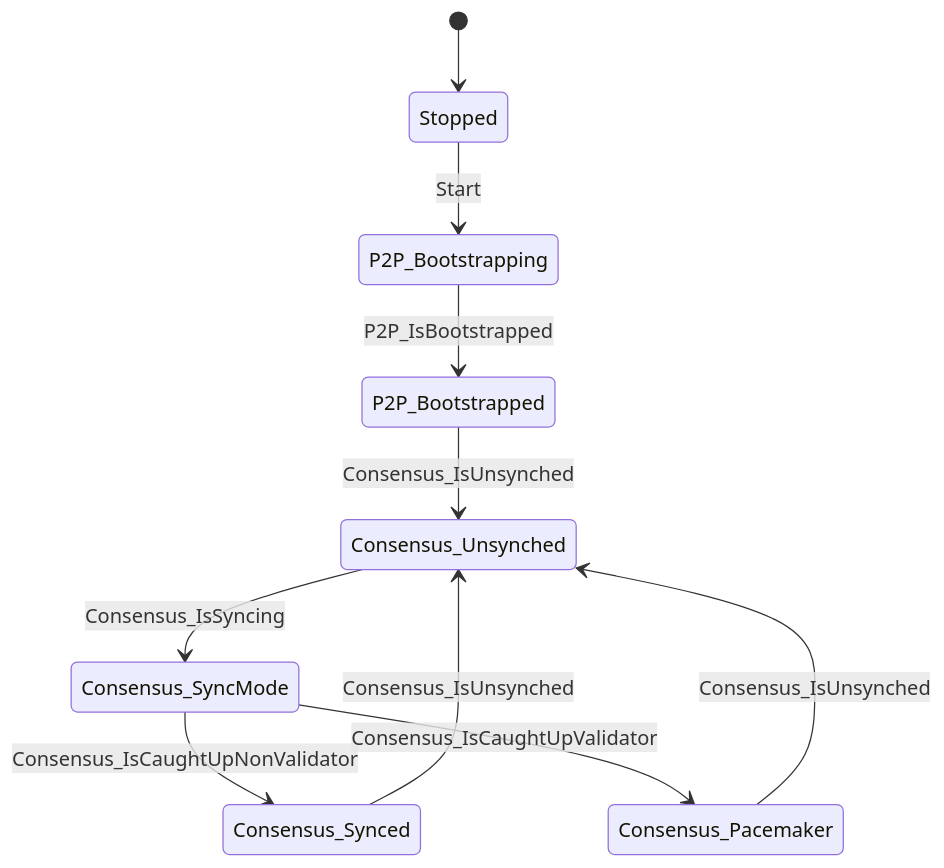
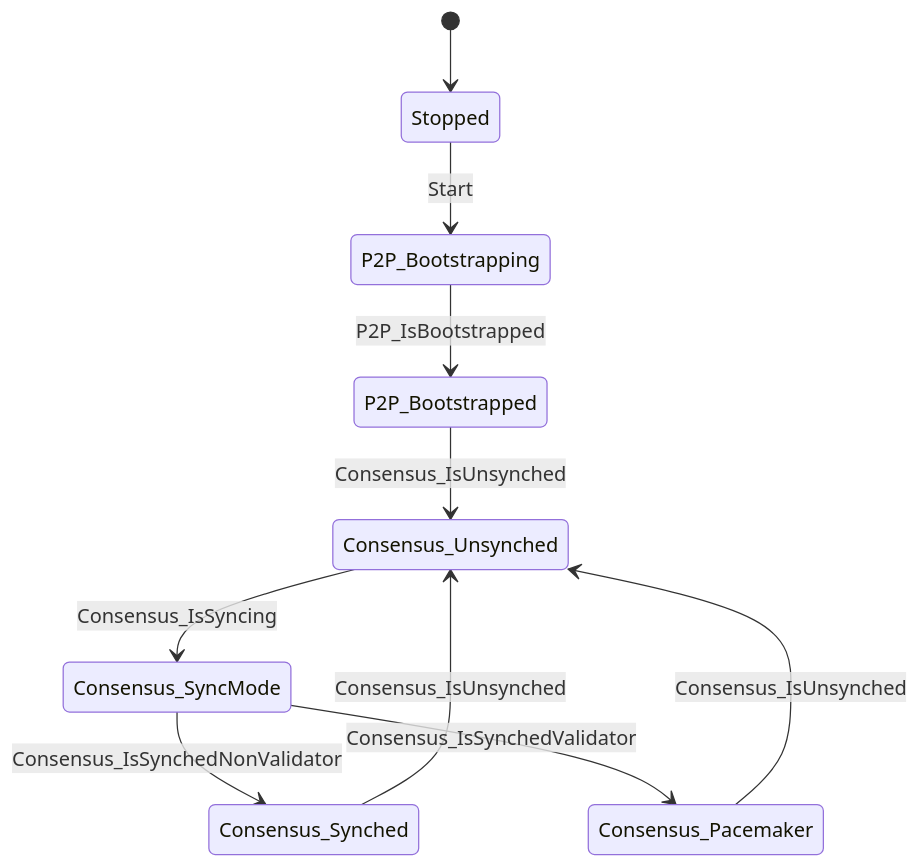
Before and after one commit to pokt-network/pocket: the diagram in state_machine/docs/state-machine.diagram.md, drawn with Mermaid. The commit also changed 4 other files, not shown here.

````diff
--- a/state_machine/docs/state-machine.diagram.md
+++ b/state_machine/docs/state-machine.diagram.md
@@ -5,12 +5,12 @@
 ```mermaid
 stateDiagram-v2
     [*] --> Stopped
-    Consensus_Synced --> Consensus_Unsynched: Consensus_IsUnsynched
     Consensus_Pacemaker --> Consensus_Unsynched: Consensus_IsUnsynched
-    Consensus_SyncMode --> Consensus_Synced: Consensus_IsCaughtUpNonValidator
-    Consensus_SyncMode --> Consensus_Pacemaker: Consensus_IsCaughtUpValidator
+    Consensus_SyncMode --> Consensus_Synched: Consensus_IsSynchedNonValidator
+    Consensus_SyncMode --> Consensus_Pacemaker: Consensus_IsSynchedValidator
+    Consensus_Synched --> Consensus_Unsynched: Consensus_IsUnsynched
     Consensus_Unsynched --> Consensus_SyncMode: Consensus_IsSyncing
     P2P_Bootstrapped --> Consensus_Unsynched: Consensus_IsUnsynched
     P2P_Bootstrapping --> P2P_Bootstrapped: P2P_IsBootstrapped
     Stopped --> P2P_Bootstrapping: Start
 ```
````
